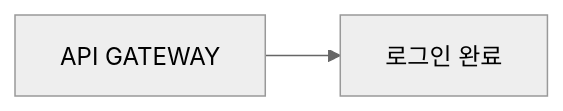
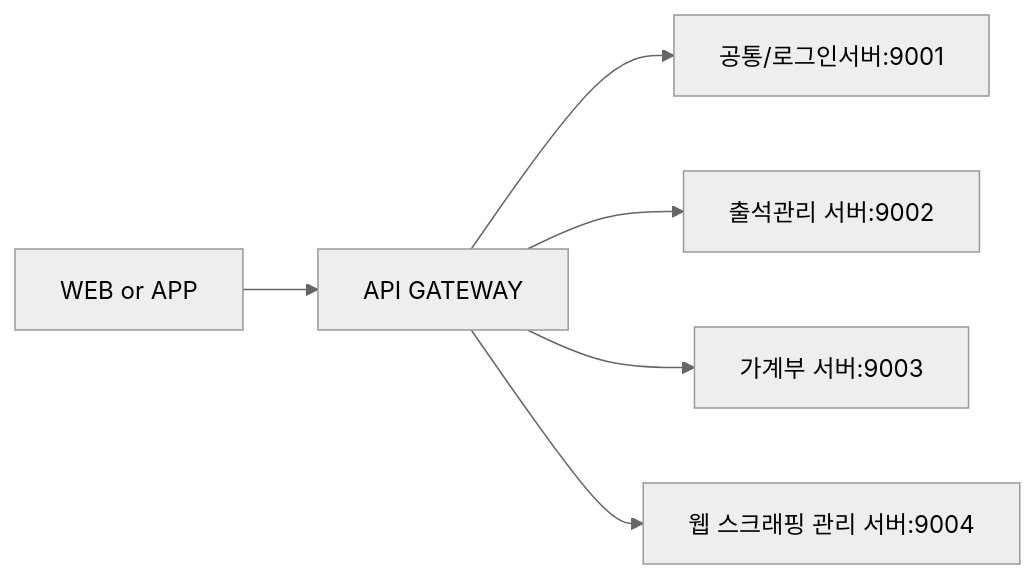
Before and after one commit to freerer2/quartz: the diagram in content/개인관리시스템/서버/애플리케이션 서버/시스템 구성도.md, drawn with Mermaid (neutral theme). The commit also changed other lines of this file and 4 other files, not shown here.

````diff
--- a/content/개인관리시스템/서버/애플리케이션 서버/시스템 구성도.md
+++ b/content/개인관리시스템/서버/애플리케이션 서버/시스템 구성도.md
@@ -1,4 +2,11 @@
 ```mermaid
 flowchart LR
-    A[API GATEWAY] --> B[로그인 완료]
+	UI[WEB or APP]
+    A[API GATEWAY]
+    B[공통/로그인서버:9001]
+    C[출석관리 서버:9002]
+    D[가계부 서버:9003]
+    E[웹 스크래핑 관리 서버:9004]
+    
+	UI --> A --> B & C & D & E
 ```
````
